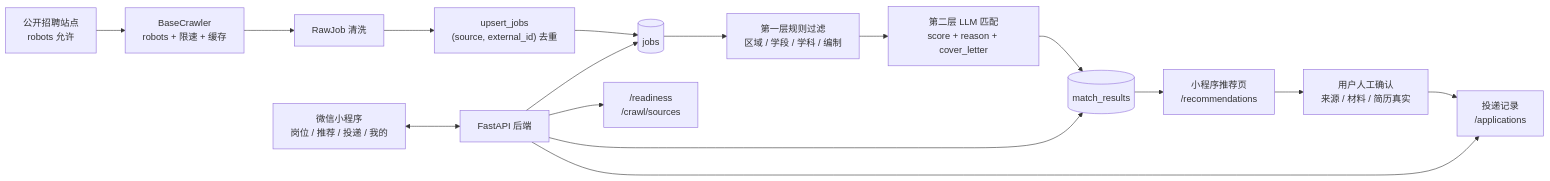
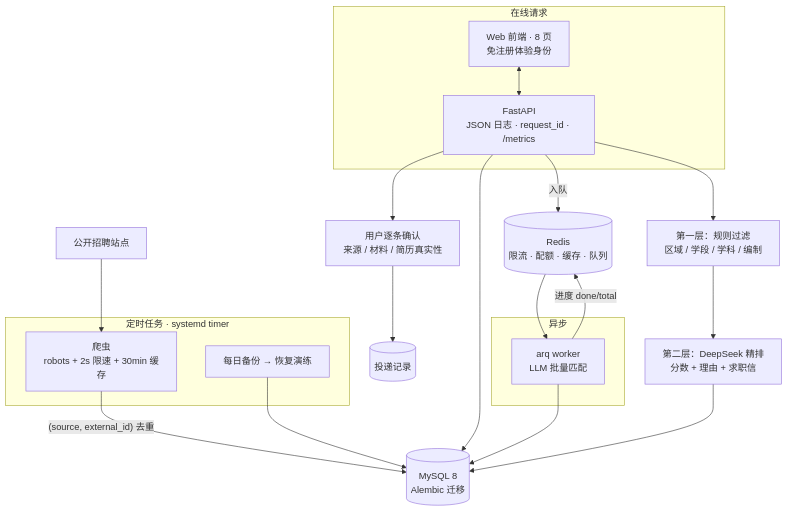
One commit to Rhgic/teacher-job-finder changed the diagram in README.md. Above: the diagram before and after it, drawn with Mermaid. The commit also changed other lines of this file, not shown here.

````diff
--- a/README.md
+++ b/README.md
@@ -30,19 +32,34 @@
 ```mermaid
-flowchart LR
-  A["公开招聘站点<br/>robots 允许"] --> B["BaseCrawler<br/>robots + 限速 + 缓存"]
-  B --> C["RawJob 清洗"]
-  C --> D["upsert_jobs<br/>(source, external_id) 去重"]
-  D --> E[("jobs")]
-  E --> F["第一层规则过滤<br/>区域 / 学段 / 学科 / 编制"]
-  F --> G["第二层 LLM 匹配<br/>score + reason + cover_letter"]
-  G --> H[("match_results")]
-  H --> I["小程序推荐页<br/>/recommendations"]
-  I --> J["用户人工确认<br/>来源 / 材料 / 简历真实"]
-  J --> K["投递记录<br/>/applications"]
+flowchart TB
+  subgraph sgTimer["定时任务 · systemd timer"]
+    CR["爬虫<br/>robots + 2s 限速 + 30min 缓存"]
+    BK["每日备份 → 恢复演练"]
+  end
 
-  L["微信小程序<br/>岗位 / 推荐 / 投递 / 我的"] <--> M["FastAPI 后端"]
-  M --> E
-  M --> H
-  M --> K
-  M --> N["/readiness<br/>/crawl/sources"]
+  subgraph sgOnline["在线请求"]
+    WEB["Web 前端 · 8 页<br/>免注册体验身份"]
+    API["FastAPI<br/>JSON 日志 · request_id · /metrics"]
+  end
+
+  subgraph sgAsync["异步"]
+    WK["arq worker<br/>LLM 批量匹配"]
+  end
+
+  SRC["公开招聘站点"] --> CR
+  CR -->|"(source, external_id) 去重"| DB[("MySQL 8<br/>Alembic 迁移")]
+  BK --> DB
+
+  WEB <--> API
+  API --> DB
+  API -->|入队| RD[("Redis<br/>限流 · 配额 · 缓存 · 队列")]
+  RD --> WK
+  WK -->|"进度 done/total"| RD
+  WK --> DB
+
+  API --> RULE["第一层：规则过滤<br/>区域 / 学段 / 学科 / 编制"]
+  RULE --> LLM["第二层：DeepSeek 精排<br/>分数 + 理由 + 求职信"]
+  LLM --> DB
+
+  API --> CONF["用户逐条确认<br/>来源 / 材料 / 简历真实性"]
+  CONF --> APP[("投递记录")]
 ```
````
